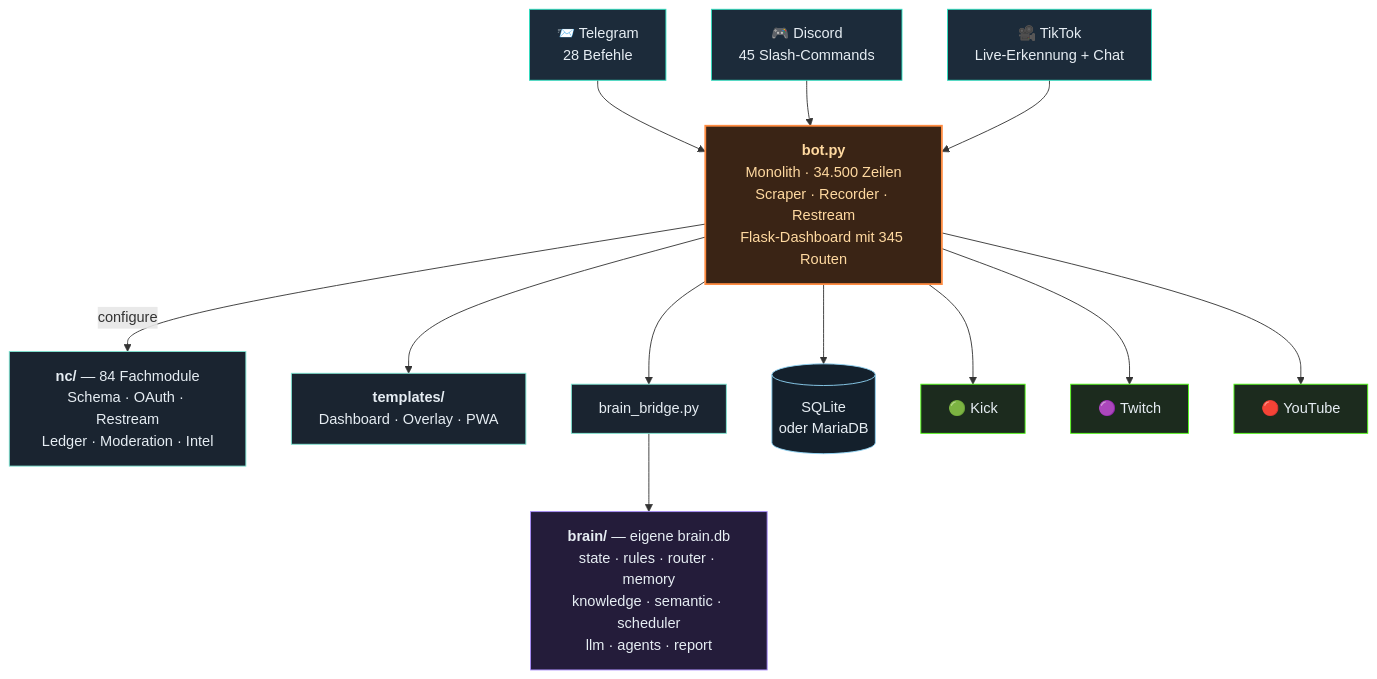
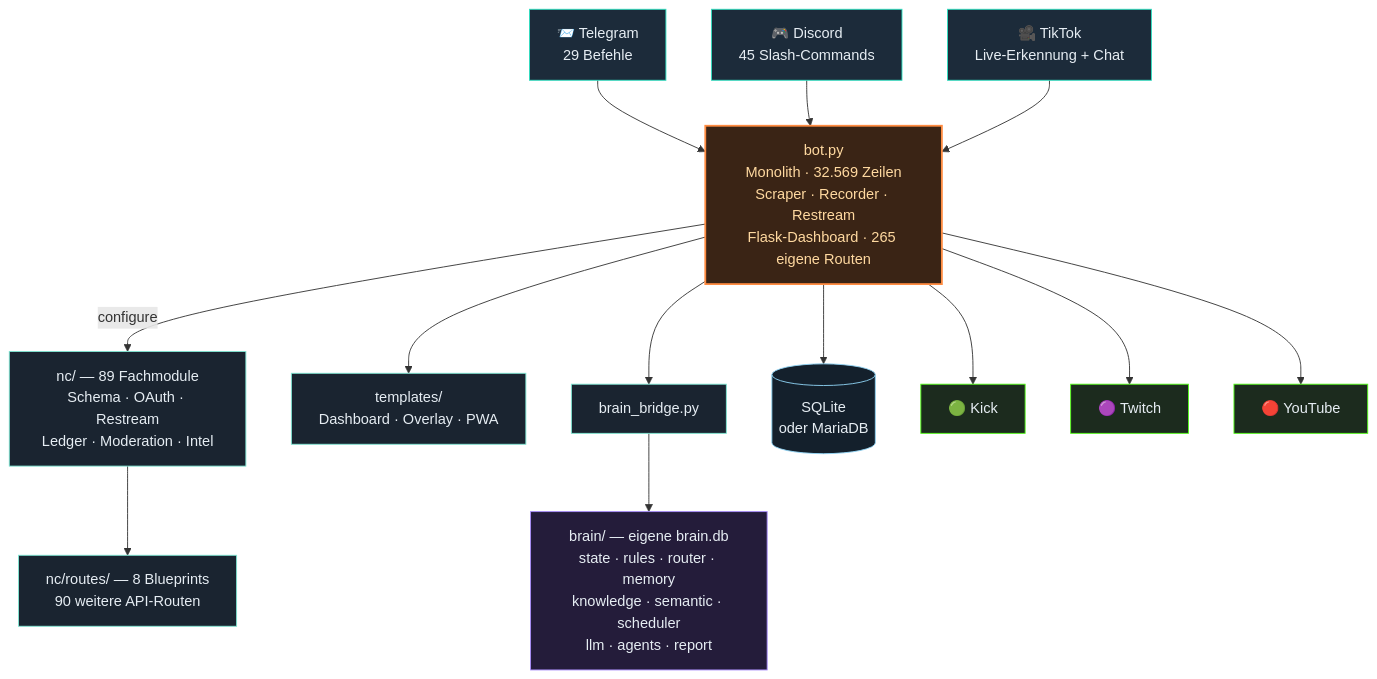
The third of 4 diagrams in README.md (itsamemedev/Telegram-Stream-Info-Bot), drawn with Mermaid before and after one commit. The commit also changed other lines of this file, not shown here.

First line of the commit message:
README: Mermaid-Render-Fehler beheben, Zahlen gegen den Bestand richtigstellen

````diff
--- a/README.md
+++ b/README.md
@@ -180,29 +184,30 @@
 ```mermaid
 flowchart TB
-    TG["📨 Telegram<br/>28 Befehle"]:::in
-    DC["🎮 Discord<br/>45 Slash-Commands"]:::in
-    TT["🎥 TikTok<br/>Live-Erkennung + Chat"]:::in
+    TG["📨 Telegram<br/>29 Befehle"]:::ein
+    DC["🎮 Discord<br/>45 Slash-Commands"]:::ein
+    TT["🎥 TikTok<br/>Live-Erkennung + Chat"]:::ein
 
     TG --> BOT
     DC --> BOT
     TT --> BOT
 
-    BOT["<b>bot.py</b><br/>Monolith · 34.500 Zeilen<br/>Scraper · Recorder · Restream<br/>Flask-Dashboard mit 345 Routen"]:::core
+    BOT["bot.py<br/>Monolith · 32.569 Zeilen<br/>Scraper · Recorder · Restream<br/>Flask-Dashboard · 265 eigene Routen"]:::core
 
-    BOT -->|configure| NC["<b>nc/</b> — 84 Fachmodule<br/>Schema · OAuth · Restream<br/>Ledger · Moderation · Intel"]:::lib
-    BOT --> TPL["<b>templates/</b><br/>Dashboard · Overlay · PWA"]:::lib
+    BOT -->|configure| NC["nc/ — 89 Fachmodule<br/>Schema · OAuth · Restream<br/>Ledger · Moderation · Intel"]:::lib
+    NC --> RT["nc/routes/ — 8 Blueprints<br/>90 weitere API-Routen"]:::lib
+    BOT --> TPL["templates/<br/>Dashboard · Overlay · PWA"]:::lib
     BOT --> BR["brain_bridge.py"]:::lib
-    BR --> BRAIN["<b>brain/</b> — eigene brain.db<br/>state · rules · router · memory<br/>knowledge · semantic · scheduler<br/>llm · agents · report"]:::brain
+    BR --> BRAIN["brain/ — eigene brain.db<br/>state · rules · router · memory<br/>knowledge · semantic · scheduler<br/>llm · agents · report"]:::brain
     BOT --> DB[("SQLite<br/>oder MariaDB")]:::db
 
     BOT --> KICK["🟢 Kick"]:::out
     BOT --> TW["🟣 Twitch"]:::out
     BOT --> YT["🔴 YouTube"]:::out
 
-    classDef in fill:#1c2b3a,stroke:#2de1c2,color:#e6edf3
+    classDef ein fill:#1c2b3a,stroke:#2de1c2,color:#e6edf3
     classDef core fill:#3a2415,stroke:#ff8c42,stroke-width:2px,color:#ffd9a0
     classDef lib fill:#1a2430,stroke:#7fe7d4,color:#e6edf3
     classDef brain fill:#241c3a,stroke:#a78bfa,color:#e6edf3
     classDef db fill:#14202c,stroke:#8fd3f4,color:#e6edf3
     classDef out fill:#1c2b1e,stroke:#53fc18,color:#e6edf3
 ```
````
